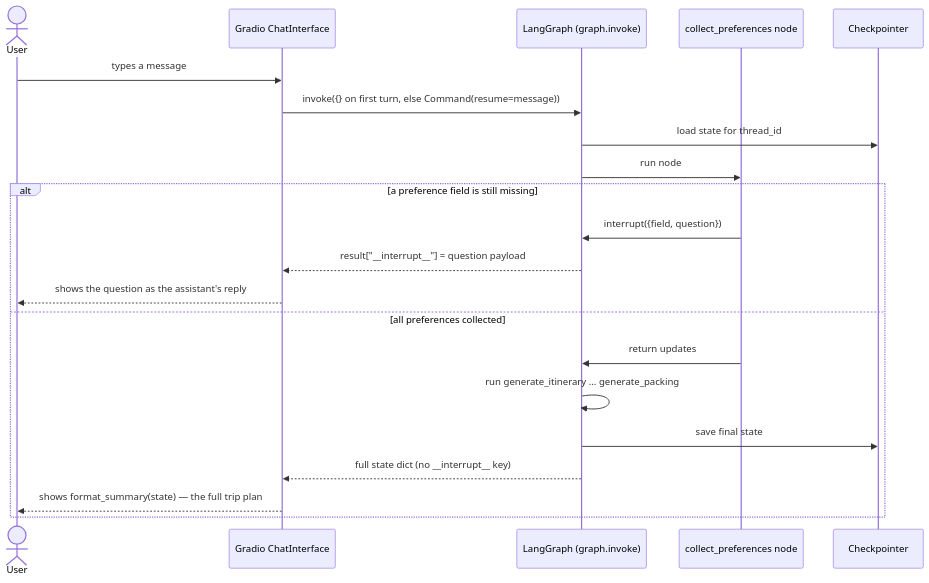
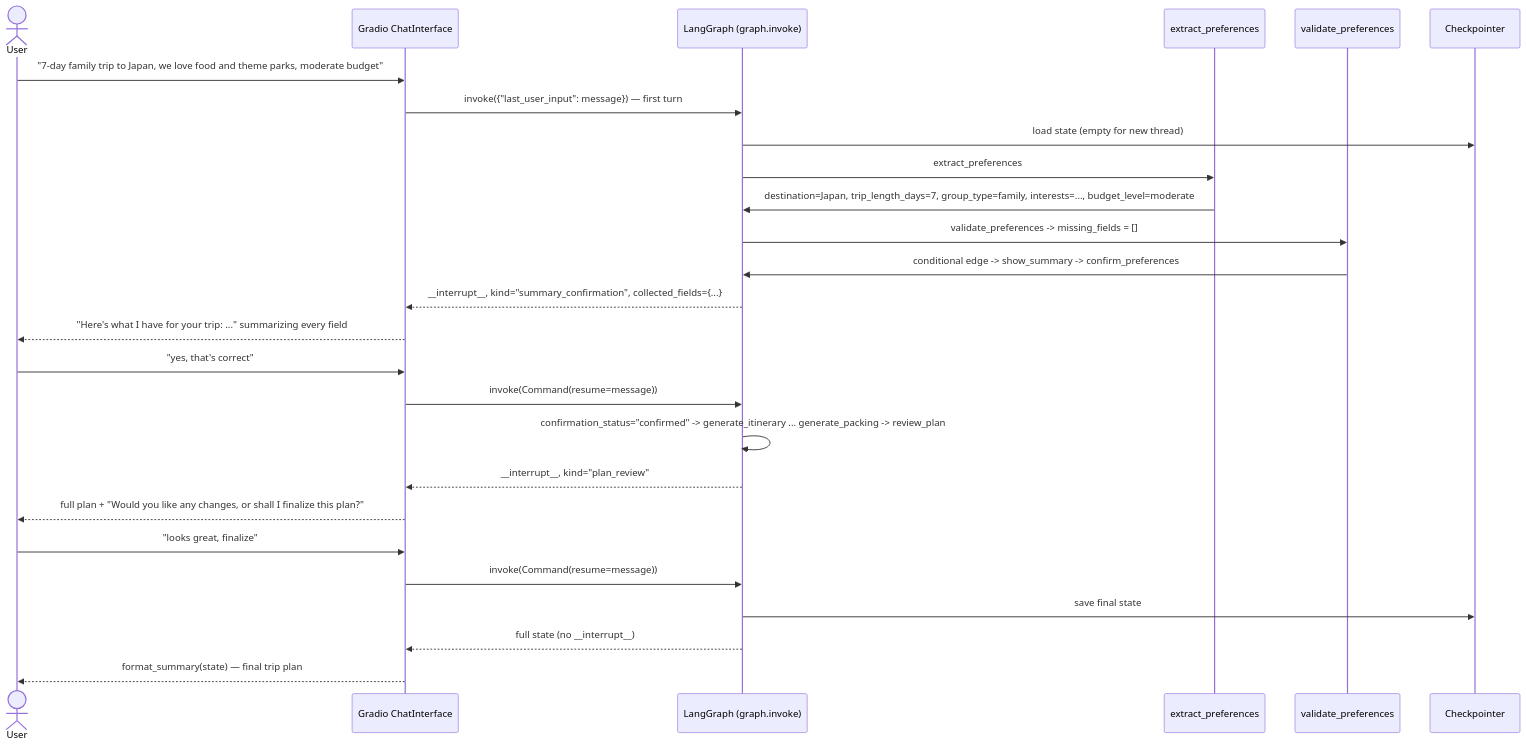
One commit to pxu/msai_631_travel_planning_assistant changed the third of 4 diagrams in docs/design_document.md. Above: the diagram before and after it, drawn with Mermaid. The commit also changed other lines of this file and 8 other files, not shown here.

````diff
--- a/docs/design_document.md
+++ b/docs/design_document.md
@@ -141,24 +289,29 @@
 ```mermaid
 sequenceDiagram
     actor U as User
     participant UI as Gradio ChatInterface
     participant G as LangGraph (graph.invoke)
-    participant CP as collect_preferences node
+    participant EP as extract_preferences
+    participant VP as validate_preferences
     participant CKPT as Checkpointer
 
-    U->>UI: types a message
-    UI->>G: invoke({} on first turn, else Command(resume=message))
-    G->>CKPT: load state for thread_id
-    G->>CP: run node
-    alt a preference field is still missing
-        CP->>G: interrupt({field, question})
-        G-->>UI: result["__interrupt__"] = question payload
-        UI-->>U: shows the question as the assistant's reply
-    else all preferences collected
-        CP->>G: return updates
-        G->>G: run generate_itinerary ... generate_packing
-        G->>CKPT: save final state
-        G-->>UI: full state dict (no __interrupt__ key)
-        UI-->>U: shows format_summary(state) — the full trip plan
-    end
+    U->>UI: "7-day family trip to Japan, we love food and theme parks, moderate budget"
+    UI->>G: invoke({"last_user_input": message}) — first turn
+    G->>CKPT: load state (empty for new thread)
+    G->>EP: extract_preferences
+    EP->>G: destination=Japan, trip_length_days=7, group_type=family, interests=..., budget_level=moderate
+    G->>VP: validate_preferences -> missing_fields = []
+    VP->>G: conditional edge -> show_summary -> confirm_preferences
+    G-->>UI: __interrupt__, kind="summary_confirmation", collected_fields={...}
+    UI-->>U: "Here's what I have for your trip: ..." summarizing every field
+    U->>UI: "yes, that's correct"
+    UI->>G: invoke(Command(resume=message))
+    G->>G: confirmation_status="confirmed" -> generate_itinerary ... generate_packing -> review_plan
+    G-->>UI: __interrupt__, kind="plan_review"
+    UI-->>U: full plan + "Would you like any changes, or shall I finalize this plan?"
+    U->>UI: "looks great, finalize"
+    UI->>G: invoke(Command(resume=message))
+    G->>CKPT: save final state
+    G-->>UI: full state (no __interrupt__)
+    UI-->>U: format_summary(state) — final trip plan
 ```
````
